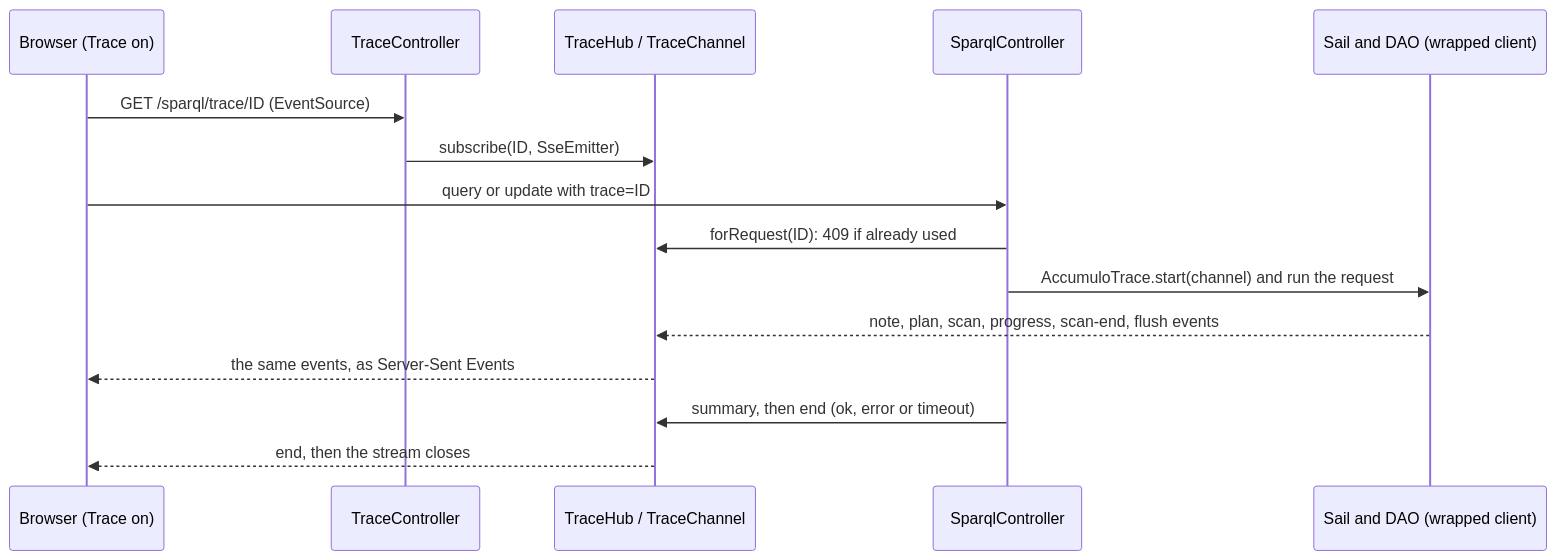
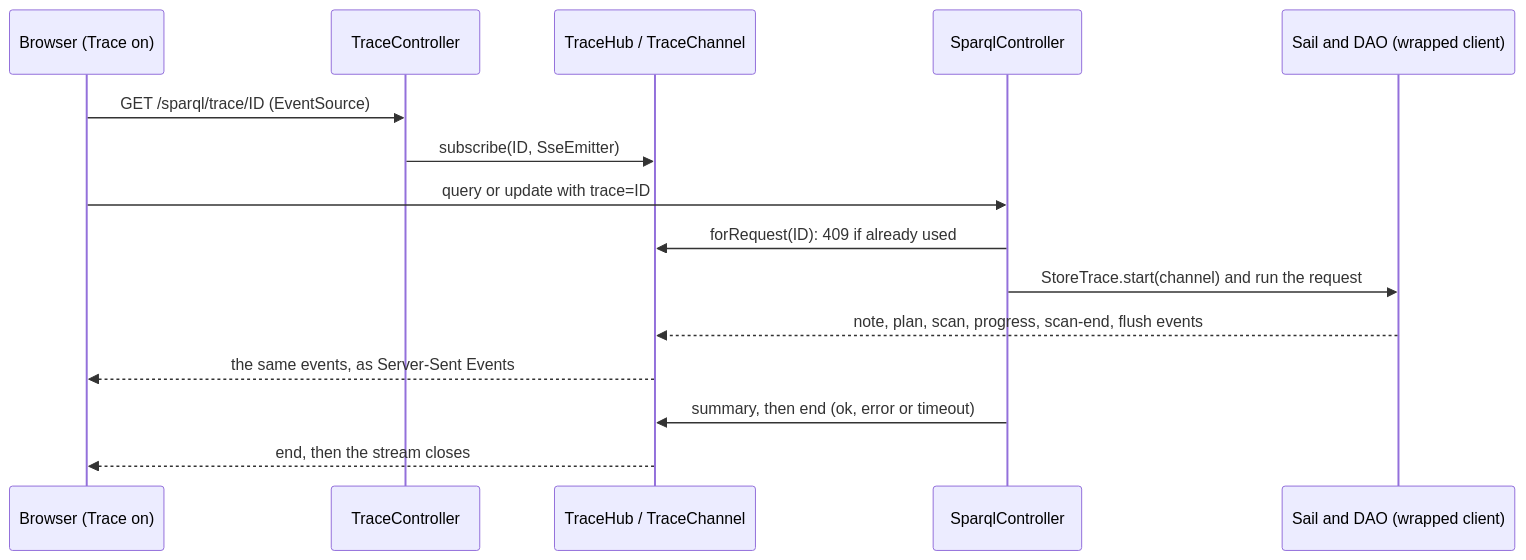
Before and after one commit to dgreco/rya-ng: diagram 19 of 21 in ARCH.md, drawn with Mermaid. The commit also changed other lines of this file and 28 other files, not shown here.

````diff
--- a/ARCH.md
+++ b/ARCH.md
@@ -1405,17 +1413,17 @@
 ```mermaid
 sequenceDiagram
     participant B as Browser (Trace on)
     participant T as TraceController
     participant H as TraceHub / TraceChannel
     participant S as SparqlController
     participant R as Sail and DAO (wrapped client)
     B->>T: GET /sparql/trace/ID (EventSource)
     T->>H: subscribe(ID, SseEmitter)
     B->>S: query or update with trace=ID
     S->>H: forRequest(ID): 409 if already used
-    S->>R: AccumuloTrace.start(channel) and run the request
+    S->>R: StoreTrace.start(channel) and run the request
     R-->>H: note, plan, scan, progress, scan-end, flush events
     H-->>B: the same events, as Server-Sent Events
     S->>H: summary, then end (ok, error or timeout)
     H-->>B: end, then the stream closes
 ```
````
